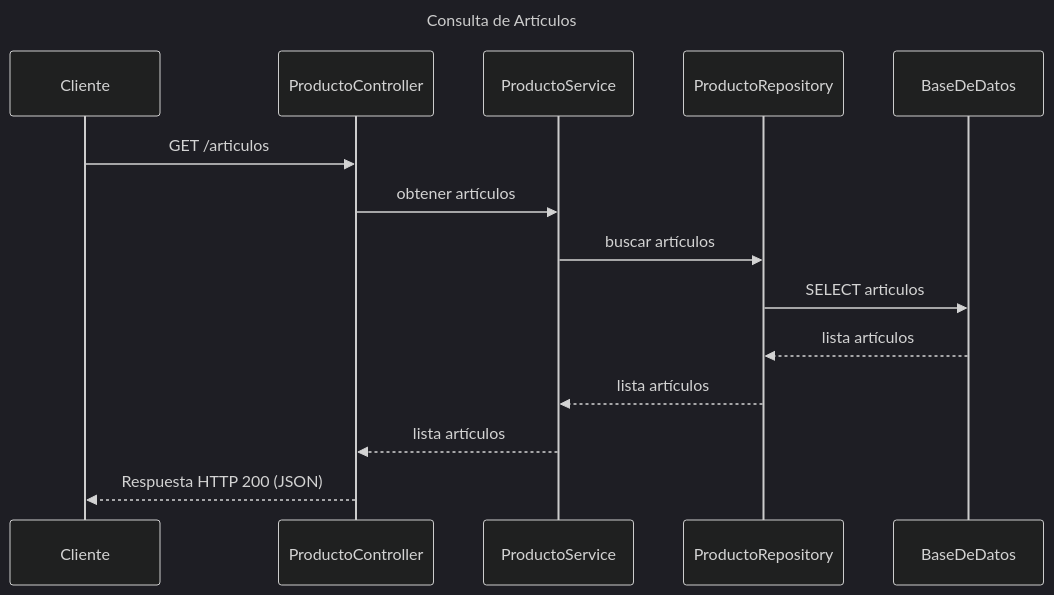
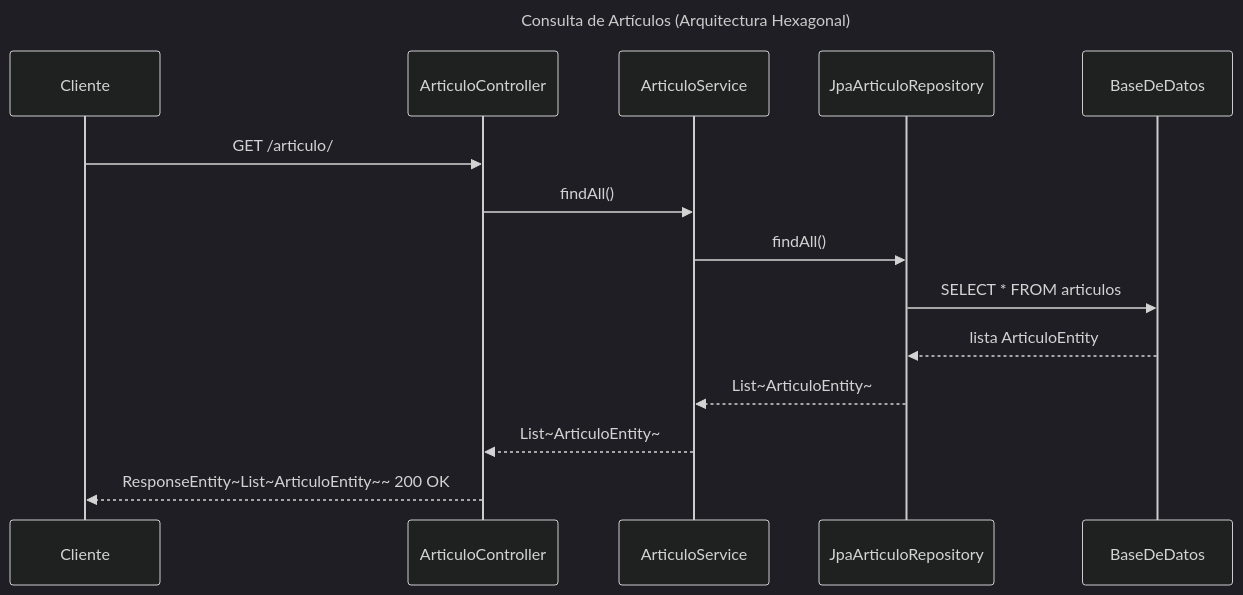
The diagram in docs/sequence-consulta-articulos.mmd (UM-services/UM.tesoreria.core-service), drawn with Mermaid (dark theme) before and after one commit. The commit also changed 17 other files, not shown here.

First line of the commit message:
feat(articulo): migrate module to hexagonal architecture

```diff
--- a/docs/sequence-consulta-articulos.mmd
+++ b/docs/sequence-consulta-articulos.mmd
@@ -1,17 +1,17 @@
 ---
-title: Consulta de Artículos
+title: Consulta de Artículos (Arquitectura Hexagonal)
 ---
 sequenceDiagram
     participant C as Cliente
-    participant Ctrl as ProductoController
-    participant S as ProductoService
-    participant R as ProductoRepository
+    participant Ctrl as ArticuloController
+    participant S as ArticuloService
+    participant R as JpaArticuloRepository
     participant DB as BaseDeDatos
-    C->>Ctrl: GET /articulos
-    Ctrl->>S: obtener artículos
-    S->>R: buscar artículos
-    R->>DB: SELECT articulos
-    DB-->>R: lista artículos
-    R-->>S: lista artículos
-    S-->>Ctrl: lista artículos
-    Ctrl-->>C: Respuesta HTTP 200 (JSON)
+    C->>Ctrl: GET /articulo/
+    Ctrl->>S: findAll()
+    S->>R: findAll()
+    R->>DB: SELECT * FROM articulos
+    DB-->>R: lista ArticuloEntity
+    R-->>S: List~ArticuloEntity~
+    S-->>Ctrl: List~ArticuloEntity~
+    Ctrl-->>C: ResponseEntity~List~ArticuloEntity~~ 200 OK
```
